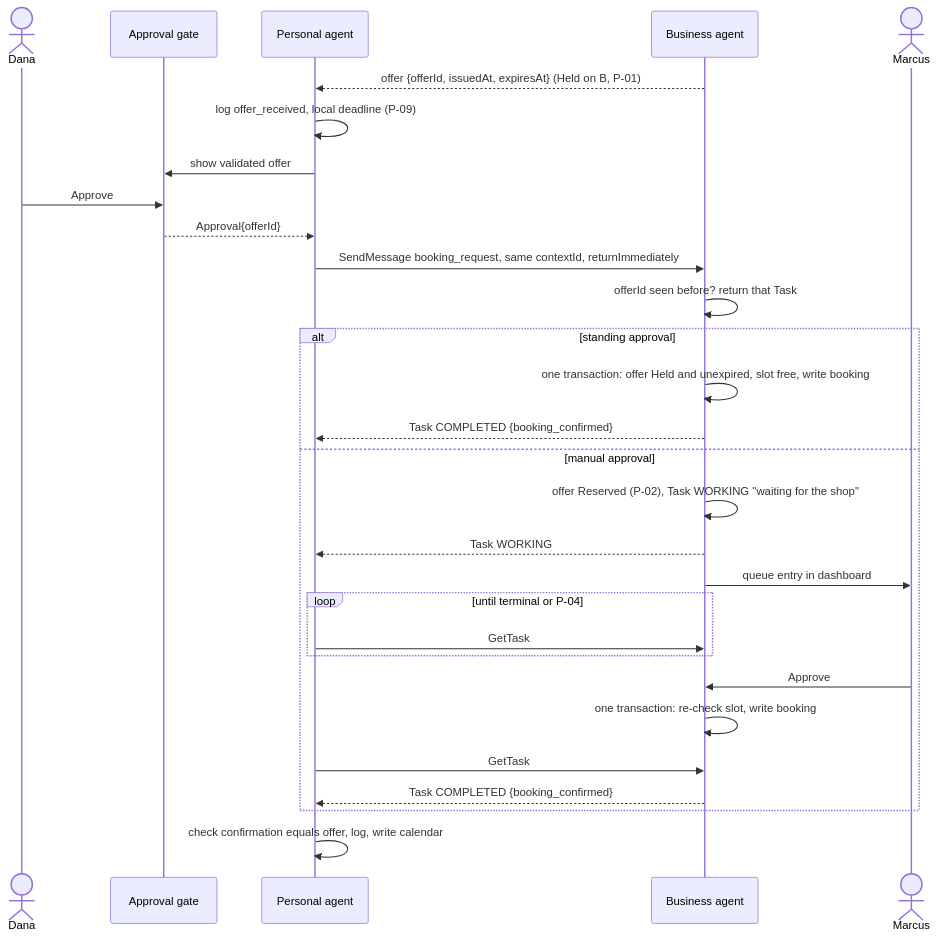
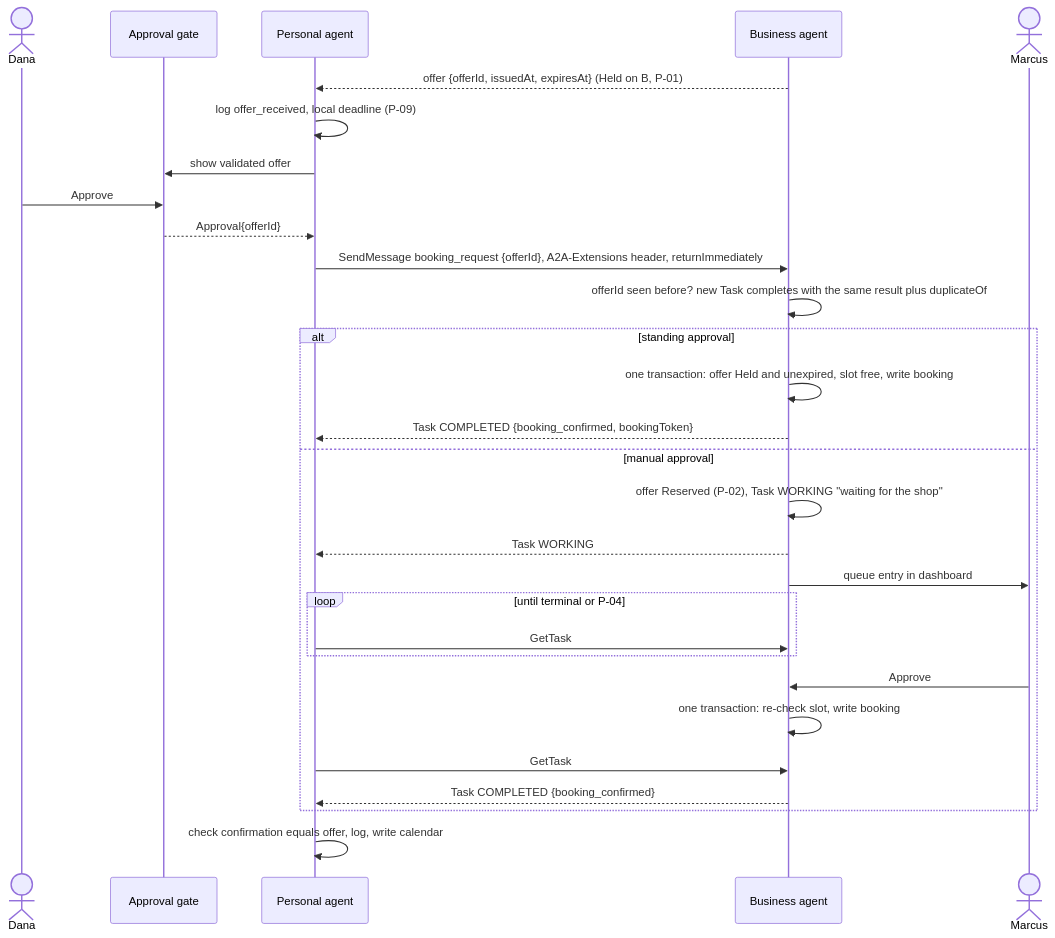
One commit to Jannisar01/hitchpost changed the fifth of 7 diagrams in docs/sad/10-architecture.md. Above: the diagram before and after it, drawn with Mermaid. The commit also changed other lines of this file and 22 other files, not shown here.

````diff
--- a/docs/sad/10-architecture.md
+++ b/docs/sad/10-architecture.md
@@ -195,31 +195,31 @@
 ```mermaid
 sequenceDiagram
   actor Dana
   participant G as Approval gate
   participant P as Personal agent
   participant B as Business agent
   actor Marcus
   B-->>P: offer {offerId, issuedAt, expiresAt} (Held on B, P-01)
   P->>P: log offer_received, local deadline (P-09)
   P->>G: show validated offer
   Dana->>G: Approve
   G-->>P: Approval{offerId}
-  P->>B: SendMessage booking_request, same contextId, returnImmediately
-  B->>B: offerId seen before? return that Task
+  P->>B: SendMessage booking_request {offerId}, A2A-Extensions header, returnImmediately
+  B->>B: offerId seen before? new Task completes with the same result plus duplicateOf
   alt standing approval
     B->>B: one transaction: offer Held and unexpired, slot free, write booking
-    B-->>P: Task COMPLETED {booking_confirmed}
+    B-->>P: Task COMPLETED {booking_confirmed, bookingToken}
   else manual approval
     B->>B: offer Reserved (P-02), Task WORKING "waiting for the shop"
     B-->>P: Task WORKING
     B->>Marcus: queue entry in dashboard
     loop until terminal or P-04
       P->>B: GetTask
     end
     Marcus->>B: Approve
     B->>B: one transaction: re-check slot, write booking
     P->>B: GetTask
     B-->>P: Task COMPLETED {booking_confirmed}
   end
   P->>P: check confirmation equals offer, log, write calendar
 ```
````
